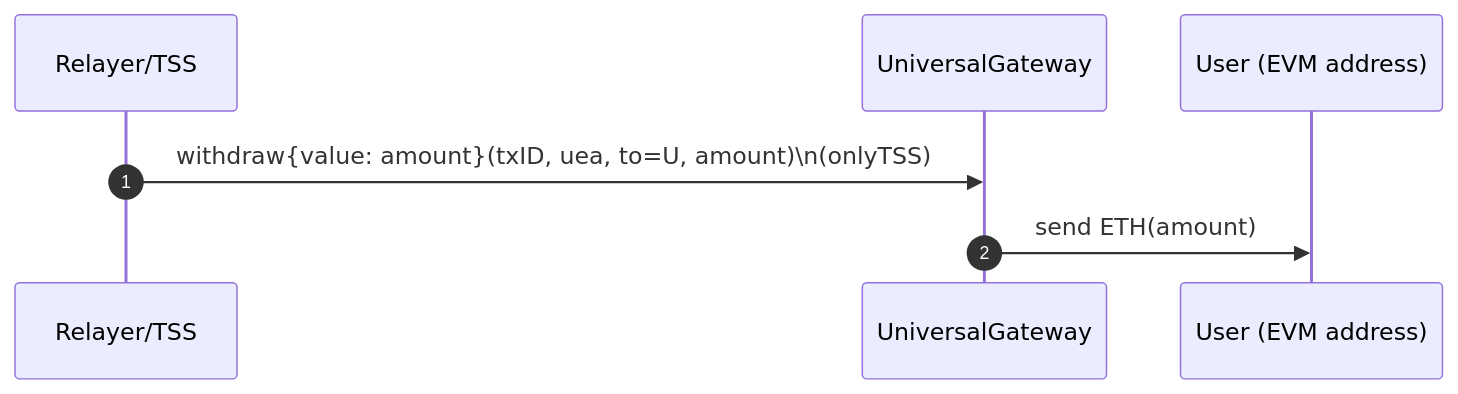
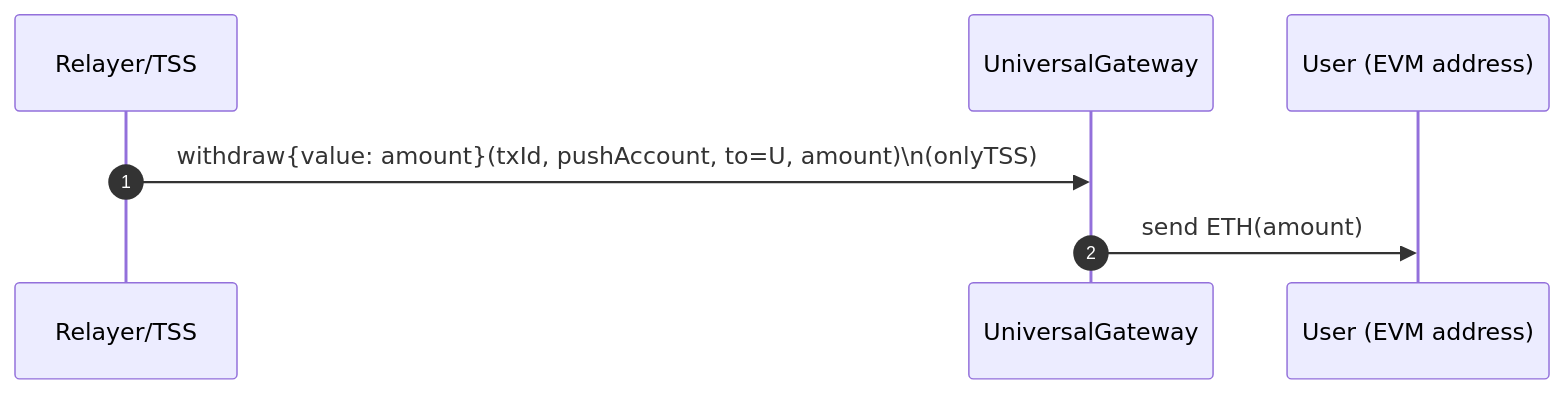
Before and after one commit to pushchain/push-chain-gateway-contracts: the fourth of 6 diagrams in contracts/evm-gateway/docs/4_OutboundTx_Flows.md, drawn with Mermaid. The commit also changed other lines of this file and 26 other files, not shown here.

````diff
--- a/contracts/evm-gateway/docs/4_OutboundTx_Flows.md
+++ b/contracts/evm-gateway/docs/4_OutboundTx_Flows.md
@@ -166,10 +152,10 @@
 ```mermaid
 sequenceDiagram
     autonumber
     participant TSS as Relayer/TSS
     participant G as UniversalGateway
     participant U as User (EVM address)
 
-    TSS->>G: withdraw{value: amount}(txID, uea, to=U, amount)\n(onlyTSS)
+    TSS->>G: withdraw{value: amount}(txId, pushAccount, to=U, amount)\n(onlyTSS)
     G->>U: send ETH(amount)
 ```
````
